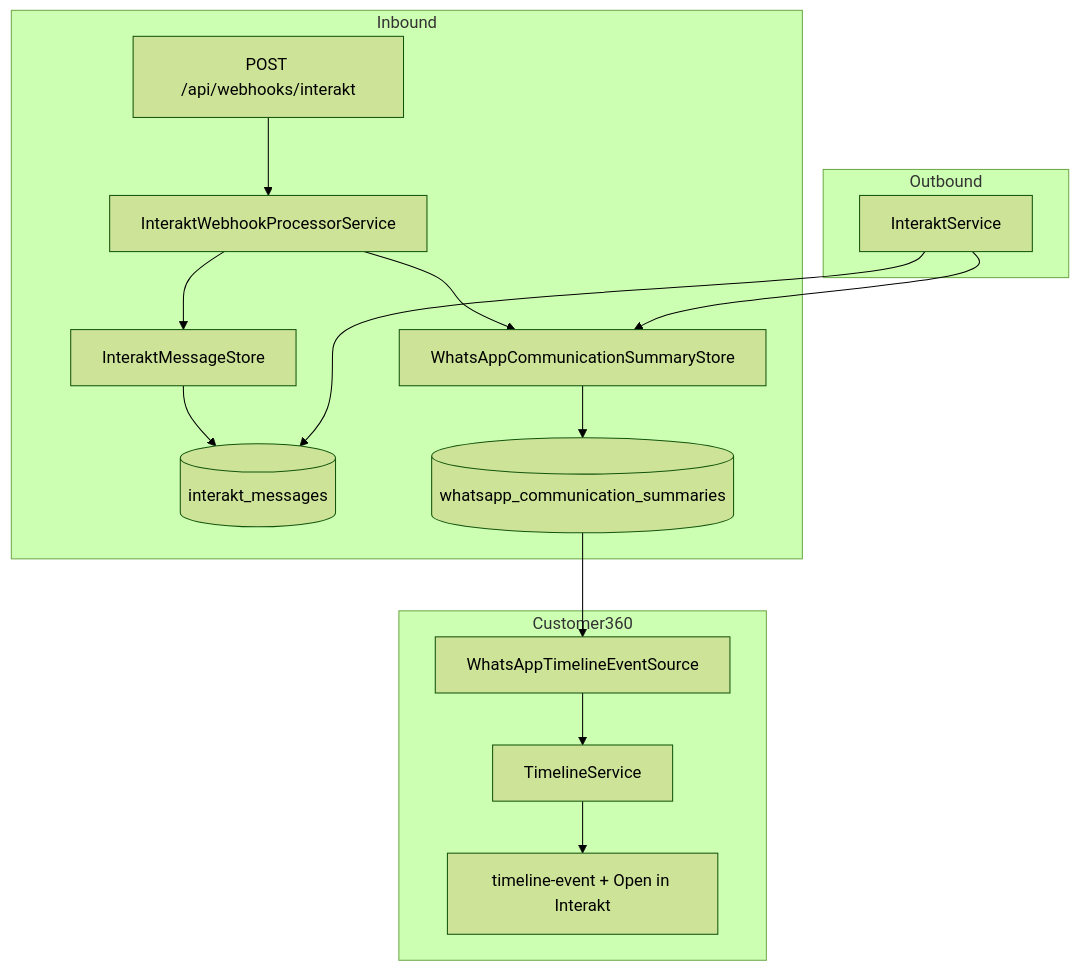
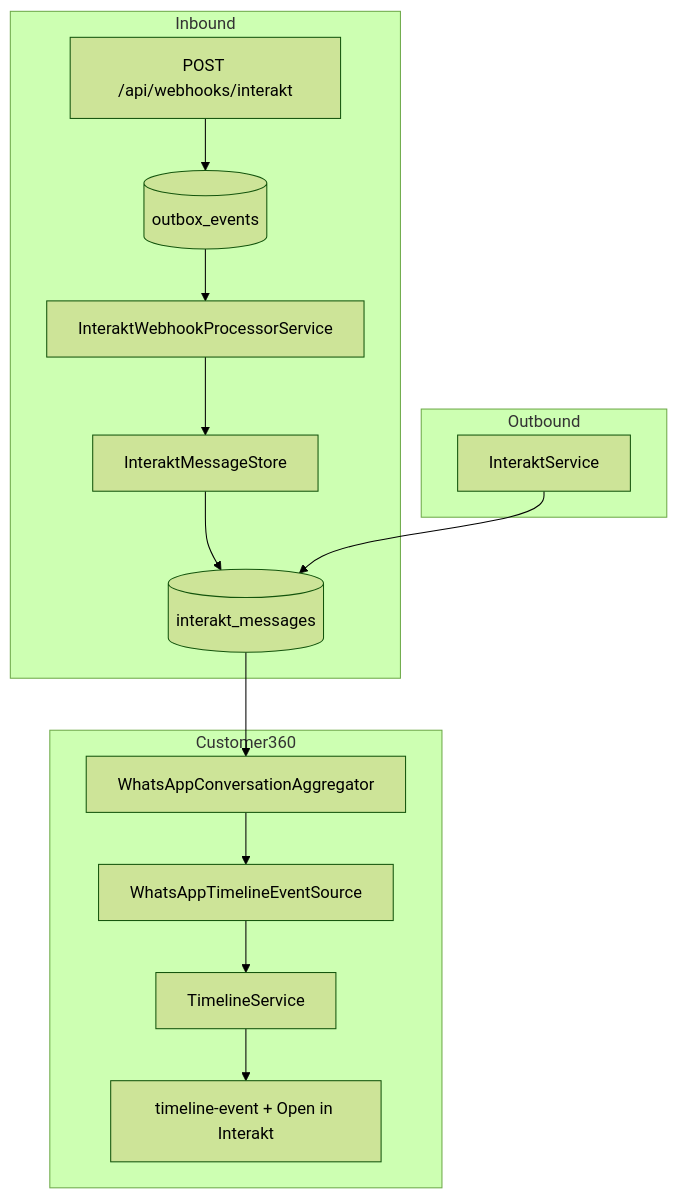
Before and after one commit to radium-foundation/radium-desk: the diagram in docs/whatsapp-communication-summary.md, drawn with Mermaid (forest theme). The commit also changed other lines of this file and 18 other files, not shown here.

Commit message:
Phase 8.4: Integrate WhatsApp operational summary into Customer360

````diff
--- a/docs/whatsapp-communication-summary.md
+++ b/docs/whatsapp-communication-summary.md
@@ -13,28 +13,25 @@
 ```mermaid
 flowchart TB
     subgraph Inbound
         WH[POST /api/webhooks/interakt]
+        OB[(outbox_events)]
         WP[InteraktWebhookProcessorService]
         MS[InteraktMessageStore]
-        SS[WhatsAppCommunicationSummaryStore]
         IM[(interakt_messages)]
-        WS[(whatsapp_communication_summaries)]
     end
 
     subgraph Outbound
         IS[InteraktService]
-        SS
     end
 
     subgraph Customer360
+        AGG[WhatsAppConversationAggregator]
         WTS[WhatsAppTimelineEventSource]
         TS[TimelineService]
         UI[timeline-event + Open in Interakt]
     end
 
-    WH --> WP --> MS --> IM
-    WP --> SS --> WS
+    WH --> OB --> WP --> MS --> IM
     IS --> IM
-    IS --> SS
-    WS --> WTS --> TS --> UI
+    IM --> AGG --> WTS --> TS --> UI
 ```
````
